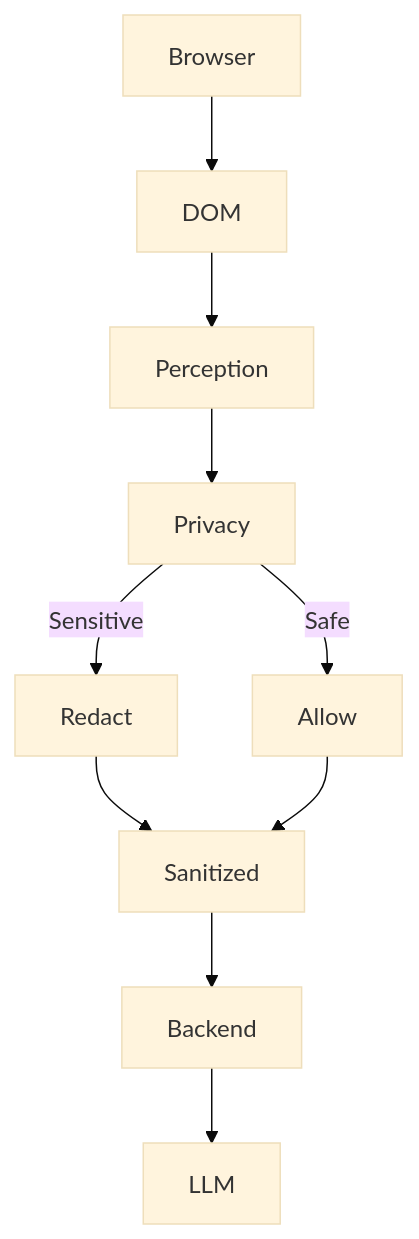
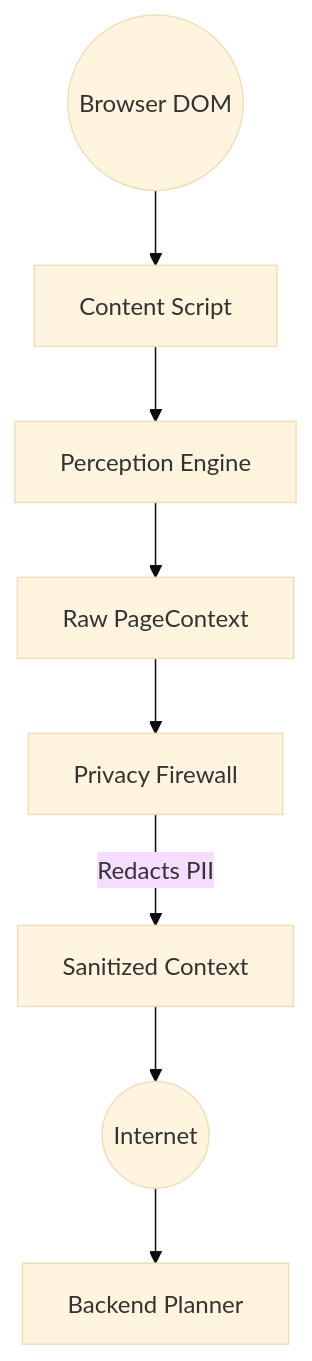
Before and after one commit to DALWADI-ARYAN-PRANAVKUMAR/SIH_26: the first of 2 diagrams in README.md, drawn with Mermaid (base theme). The commit also changed other lines of this file and 1 other file, not shown here.

````diff
--- a/README.md
+++ b/README.md
@@ -39,12 +48,10 @@
 ```mermaid
 flowchart TD
-    Browser --> DOM
-    DOM --> Perception
-    Perception --> Privacy
-    Privacy -->|Sensitive| Redact
-    Privacy -->|Safe| Allow
-    Redact --> Sanitized
-    Allow --> Sanitized
-    Sanitized --> Backend
-    Backend --> LLM
+    Browser((Browser DOM)) --> Ext[Content Script]
+    Ext --> Perception[Perception Engine]
+    Perception --> Raw[Raw PageContext]
+    Raw --> Privacy[Privacy Firewall]
+    Privacy -->|Redacts PII| Sanitized[Sanitized Context]
+    Sanitized --> Network((Internet))
+    Network --> Backend[Backend Planner]
 ```
````
